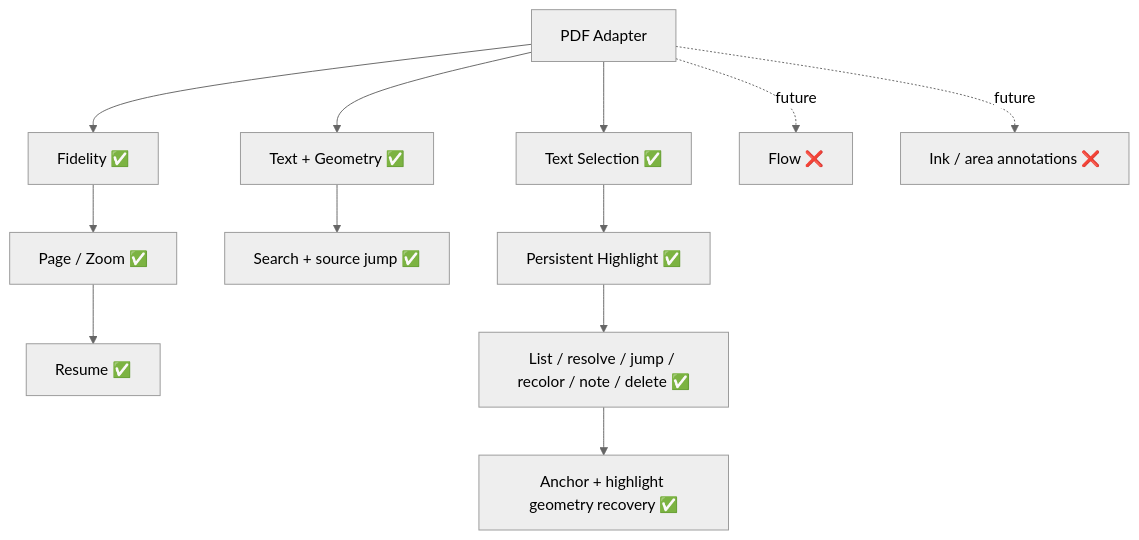
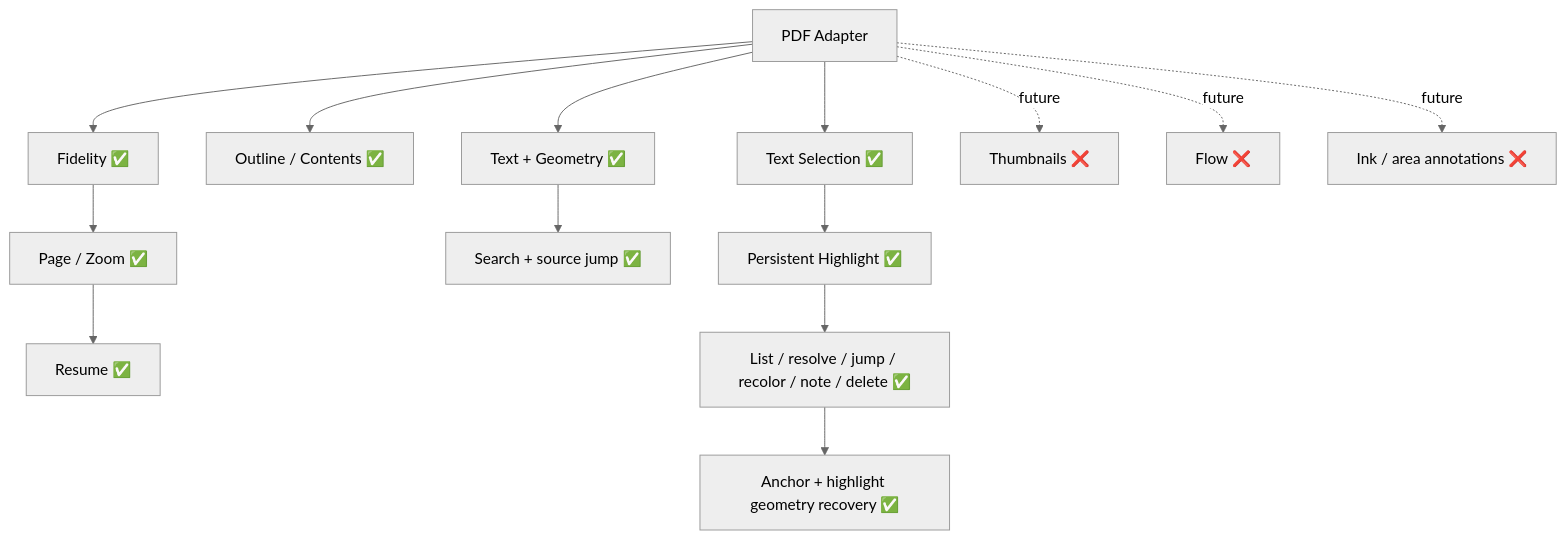
Diagram 12 of 17 in docs/PROJECT_GRAPH.md (aaditya140103/kola), drawn with Mermaid (neutral theme) before and after one commit. The commit also changed other lines of this file and 6 other files, not shown here.

Commit message:
Add PDF outline navigation

````diff
--- a/docs/PROJECT_GRAPH.md
+++ b/docs/PROJECT_GRAPH.md
@@ -224,21 +230,25 @@
 ```mermaid
 flowchart TD
     PDF[PDF Adapter]
     Fidelity[Fidelity ✅]
     Nav[Page / Zoom ✅]
+    Outline[Outline / Contents ✅]
     Resume[Resume ✅]
     Extract[Text + Geometry ✅]
     Search[Search + source jump ✅]
     Select[Text Selection ✅]
     Highlight[Persistent Highlight ✅]
     Manage[List / resolve / jump / recolor / note / delete ✅]
     Recover[Anchor + highlight geometry recovery ✅]
+    Thumbs[Thumbnails ❌]
     Flow[Flow ❌]
     Ink[Ink / area annotations ❌]
 
     PDF --> Fidelity --> Nav --> Resume
+    PDF --> Outline
+    PDF -. future .-> Thumbs
     PDF --> Extract --> Search
     PDF --> Select --> Highlight --> Manage --> Recover
     PDF -. future .-> Flow
     PDF -. future .-> Ink
 ```
````
